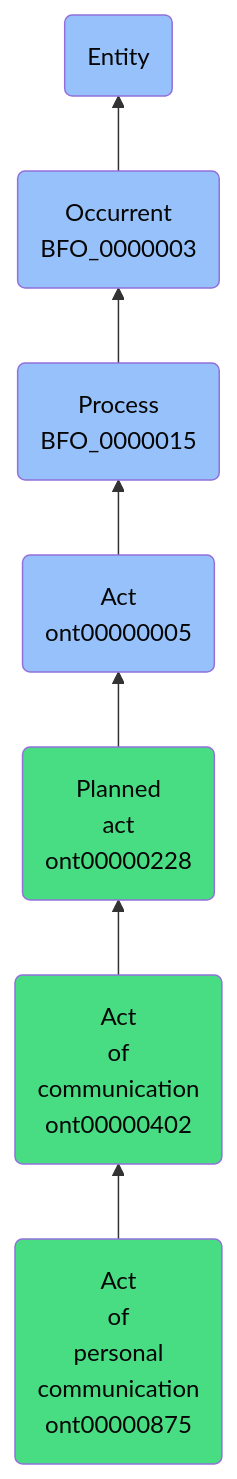
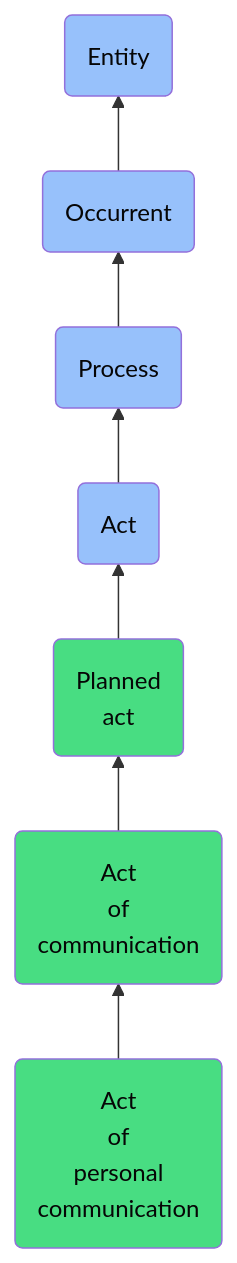
The diagram in docs/ontology/reference/model/Entity/Occurrent/Process/Act/Planned act/Act of communication/Act of personal communication/Act of personal communication.md (jupyter-naas/abi), drawn with Mermaid before and after one commit. The commit also changed other lines of this file and 1430 other files, not shown here.

````diff
--- a/docs/ontology/reference/model/Entity/Occurrent/Process/Act/Planned act/Act of communication/Act of personal communication/Act of personal communication.md
+++ b/docs/ontology/reference/model/Entity/Occurrent/Process/Act/Planned act/Act of communication/Act of personal communication/Act of personal communication.md
@@ -24,14 +24,14 @@
 ```mermaid
 graph BT
-    ont00000875(Act<br>of<br>personal<br>communication<br>ont00000875):::ABI-->ont00000402
-    ont00000402(Act<br>of<br>communication<br>ont00000402):::ABI-->ont00000228
-    ont00000228(Planned<br>act<br>ont00000228):::ABI-->ont00000005
-    ont00000005(Act<br>ont00000005):::BFO-->BFO_0000015
-    BFO_0000015(Process<br>BFO_0000015):::BFO-->BFO_0000003
-    BFO_0000003(Occurrent<br>BFO_0000003):::BFO-->BFO_0000001
+    ont00000875(Act<br>of<br>personal<br>communication):::ABI-->ont00000402
+    ont00000402(Act<br>of<br>communication):::ABI-->ont00000228
+    ont00000228(Planned<br>act):::ABI-->ont00000005
+    ont00000005(Act):::BFO-->BFO_0000015
+    BFO_0000015(Process):::BFO-->BFO_0000003
+    BFO_0000003(Occurrent):::BFO-->BFO_0000001
     BFO_0000001(Entity):::BFO
     
     classDef BFO fill:#97c1fb,color:#060606
     classDef CCO fill:#e4c51e,color:#060606
     classDef ABI fill:#48DD82,color:#060606
 ```
````
